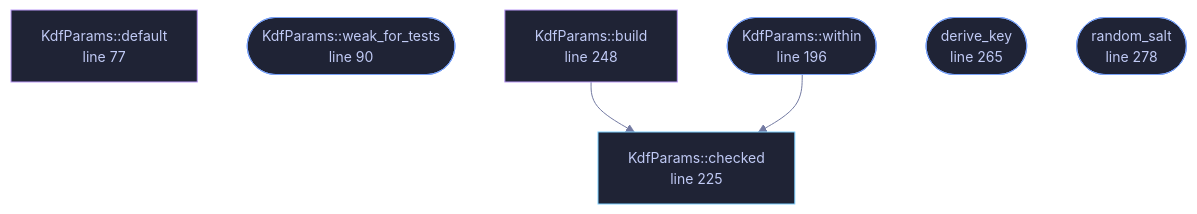
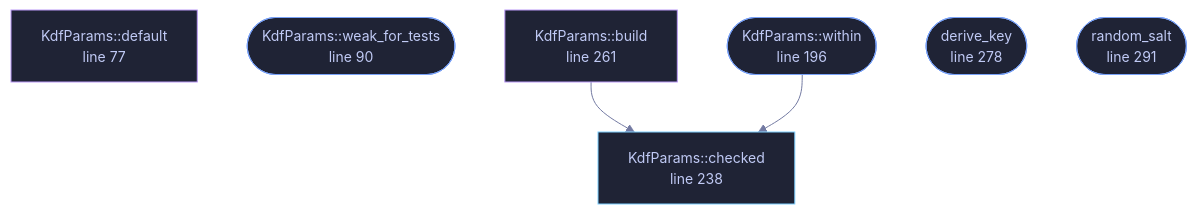
One commit to tilas01/veilvoice changed the diagram in docs/files/veilvoice-crypto/kdf.md. Above: the diagram before and after it, drawn with Mermaid. The commit also changed other lines of this file and 31 other files, not shown here.

````diff
--- a/docs/files/veilvoice-crypto/kdf.md
+++ b/docs/files/veilvoice-crypto/kdf.md
@@ -114,26 +114,26 @@
 ```mermaid
 %%{init: {"theme":"base","themeVariables":{"background":"#1a1b26","primaryColor":"#1f2335","primaryTextColor":"#c0caf5","primaryBorderColor":"#7aa2f7","secondaryColor":"#16161e","tertiaryColor":"#16161e","lineColor":"#737aa2","textColor":"#c0caf5","mainBkg":"#1f2335","nodeBorder":"#7aa2f7","clusterBkg":"#16161e","clusterBorder":"#2f3549","fontFamily":"ui-monospace, SFMono-Regular, Consolas, monospace","fontSize":"14px"}}}%%
 flowchart TD
     n_default["KdfParams::default<br/>line 77"]
     n_weak_for_tests(["KdfParams::weak_for_tests<br/>line 90"])
     n_within(["KdfParams::within<br/>line 196"])
-    n_checked["KdfParams::checked<br/>line 225"]
-    n_build["KdfParams::build<br/>line 248"]
-    n_derive_key(["derive_key<br/>line 265"])
-    n_random_salt(["random_salt<br/>line 278"])
+    n_checked["KdfParams::checked<br/>line 238"]
+    n_build["KdfParams::build<br/>line 261"]
+    n_derive_key(["derive_key<br/>line 278"])
+    n_random_salt(["random_salt<br/>line 291"])
     n_build --> n_checked
     n_within --> n_checked
     click n_default href "https://github.com/tilas01/veilvoice/blob/main/crates/veilvoice-crypto/src/kdf.rs#L77" "open the source"
     click n_weak_for_tests href "https://github.com/tilas01/veilvoice/blob/main/crates/veilvoice-crypto/src/kdf.rs#L90" "open the source"
     click n_within href "https://github.com/tilas01/veilvoice/blob/main/crates/veilvoice-crypto/src/kdf.rs#L196" "open the source"
-    click n_checked href "https://github.com/tilas01/veilvoice/blob/main/crates/veilvoice-crypto/src/kdf.rs#L225" "open the source"
-    click n_build href "https://github.com/tilas01/veilvoice/blob/main/crates/veilvoice-crypto/src/kdf.rs#L248" "open the source"
-    click n_derive_key href "https://github.com/tilas01/veilvoice/blob/main/crates/veilvoice-crypto/src/kdf.rs#L265" "open the source"
-    click n_random_salt href "https://github.com/tilas01/veilvoice/blob/main/crates/veilvoice-crypto/src/kdf.rs#L278" "open the source"
+    click n_checked href "https://github.com/tilas01/veilvoice/blob/main/crates/veilvoice-crypto/src/kdf.rs#L238" "open the source"
+    click n_build href "https://github.com/tilas01/veilvoice/blob/main/crates/veilvoice-crypto/src/kdf.rs#L261" "open the source"
+    click n_derive_key href "https://github.com/tilas01/veilvoice/blob/main/crates/veilvoice-crypto/src/kdf.rs#L278" "open the source"
+    click n_random_salt href "https://github.com/tilas01/veilvoice/blob/main/crates/veilvoice-crypto/src/kdf.rs#L291" "open the source"
     classDef entry fill:#1f2335,stroke:#7aa2f7,color:#c0caf5
     class n_weak_for_tests,n_within,n_derive_key,n_random_salt entry
     classDef api fill:#1f2335,stroke:#7dcfff,color:#c0caf5
     class n_checked api
     classDef helper fill:#1f2335,stroke:#bb9af7,color:#c0caf5
     class n_default,n_build helper
 ```
````
